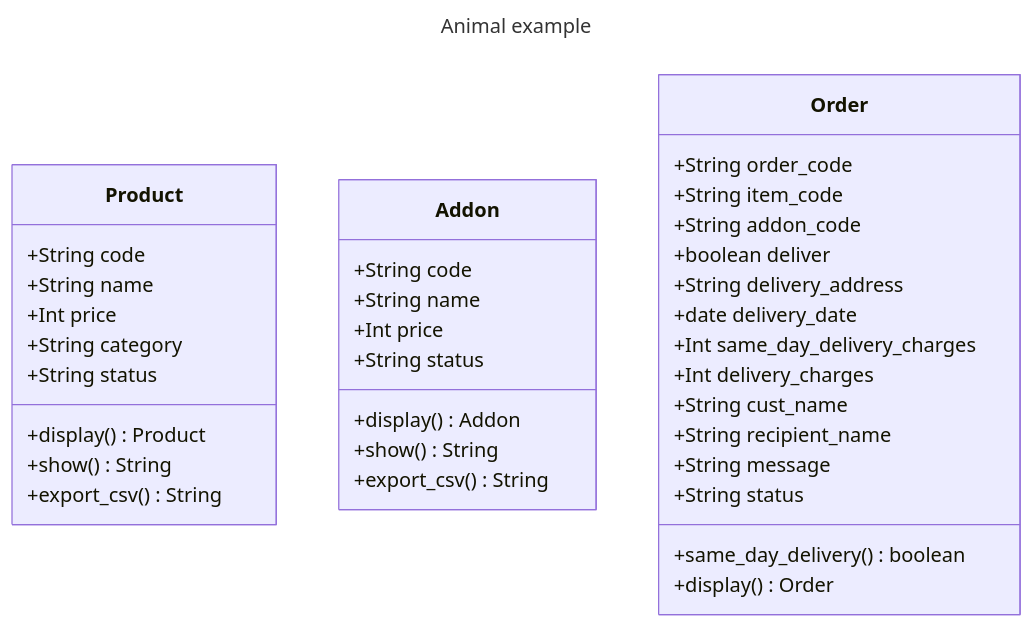
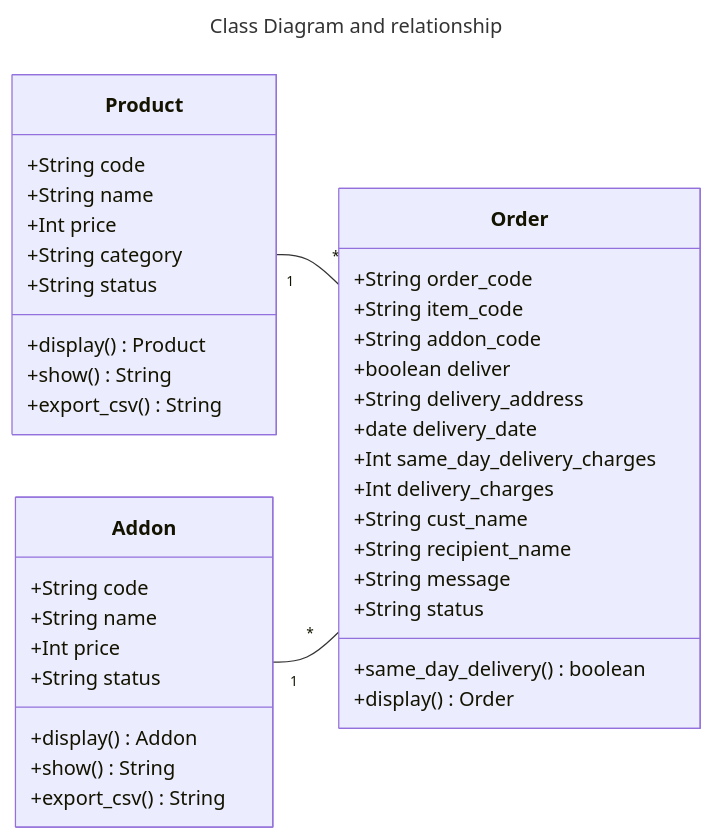
The diagram in README.md (BensonNgu/Beautiful-Blooms), drawn with Mermaid before and after one commit.

````diff
--- a/README.md
+++ b/README.md
@@ -4,47 +4,52 @@
 ```mermaid
 ---
-title: Animal example
+title: Class Diagram and relationship
 ---
 classDiagram
+direction RL
     class Product{
         +String code
         +String name
         +Int price
         +String category
         +String status
 
         +display() Product
         +show() String
         +export_csv()  String
     }
 
     class Addon{
         +String code
         +String name
         +Int price
         +String status
 
         +display() Addon
         +show() String
         +export_csv() String
     }
 
     class Order{
         +String order_code
         +String item_code
         +String addon_code  
         +boolean deliver
         +String delivery_address
         +date delivery_date
         +Int same_day_delivery_charges
         +Int delivery_charges
         +String cust_name
         +String recipient_name
         +String message
         +String status
 
         +same_day_delivery() boolean
         +display() Order
     }
 
+    Order "*" -- "1" Product
+    Order "*" -- "1" Addon
+
+
 ```
````
